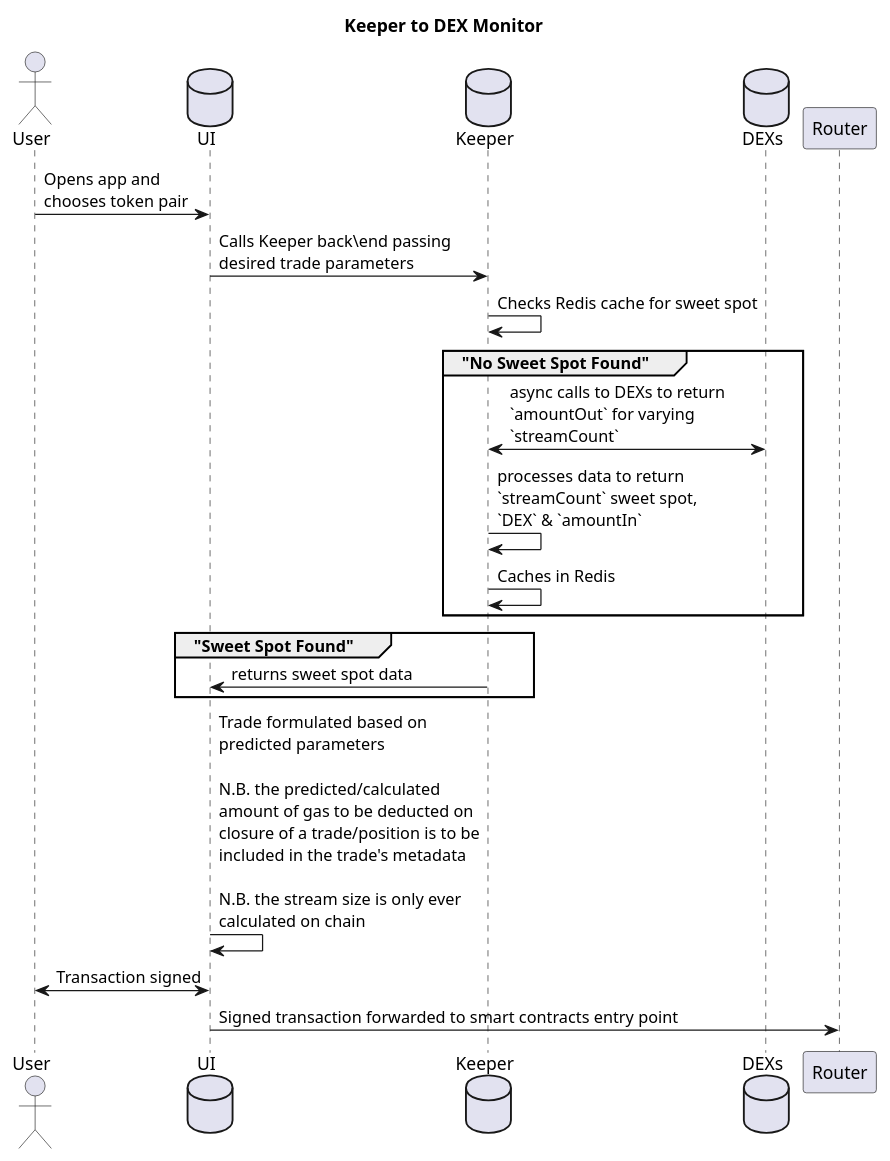
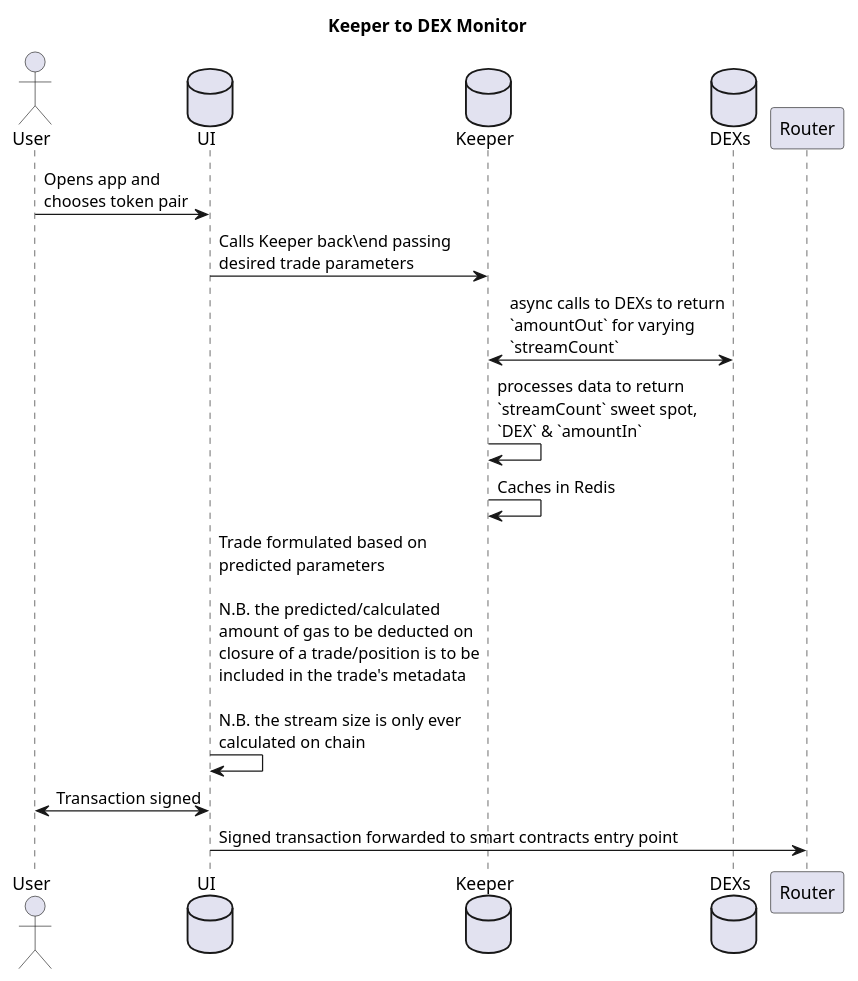
One commit to 1SLiquidity/core changed the diagram in diagrams/flows/keeper-dex-monitor.puml. Above: the diagram before and after it, drawn with PlantUML.

Commit message:
fix(arch): updating the client side trade evaluation/construction flow
summery: now that the use on off chain datas on chain has been depracated in place of the equation based sweet spot algorithm, the manner in which trades are constructed utilises data only to provide a buffer for the botGasAllowance in placing a trade

```diff
--- a/diagrams/flows/keeper-dex-monitor.puml
+++ b/diagrams/flows/keeper-dex-monitor.puml
@@ -1,26 +1,20 @@
 @startuml Keeper Dex Monitor
 title Keeper to DEX Monitor
 
 actor User
 database "UI" as UI
 database "Keeper" as K
 database "DEXs" as DEX
 participant "Router" as R
 
 ' == Authentication ==
 
 User -> UI: Opens app and\nchooses token pair
 UI -> K: Calls Keeper back\end passing\ndesired trade parameters
-K -> K: Checks Redis cache for sweet spot
-group "No Sweet Spot Found"
 K <-> DEX: async calls to DEXs to return\n`amountOut` for varying\n`streamCount`
 K -> K: processes data to return\n`streamCount` sweet spot,\n`DEX` & `amountIn`
 K -> K: Caches in Redis
-end group
-group "Sweet Spot Found"
-K -> UI: returns sweet spot data
-end group
 UI -> UI: Trade formulated based on\npredicted parameters\n\nN.B. the predicted/calculated\namount of gas to be deducted on\nclosure of a trade/position is to be\nincluded in the trade's metadata\n\nN.B. the stream size is only ever\ncalculated on chain
 User <-> UI: Transaction signed
 UI -> R: Signed transaction forwarded to smart contracts entry point
 @enduml
```
